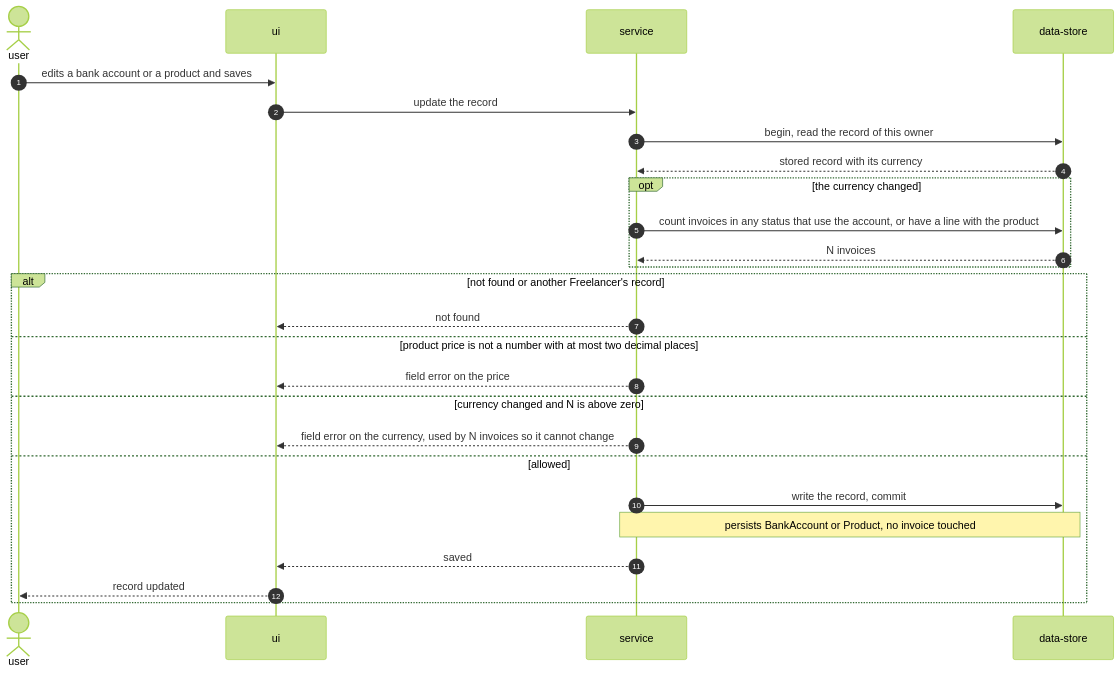
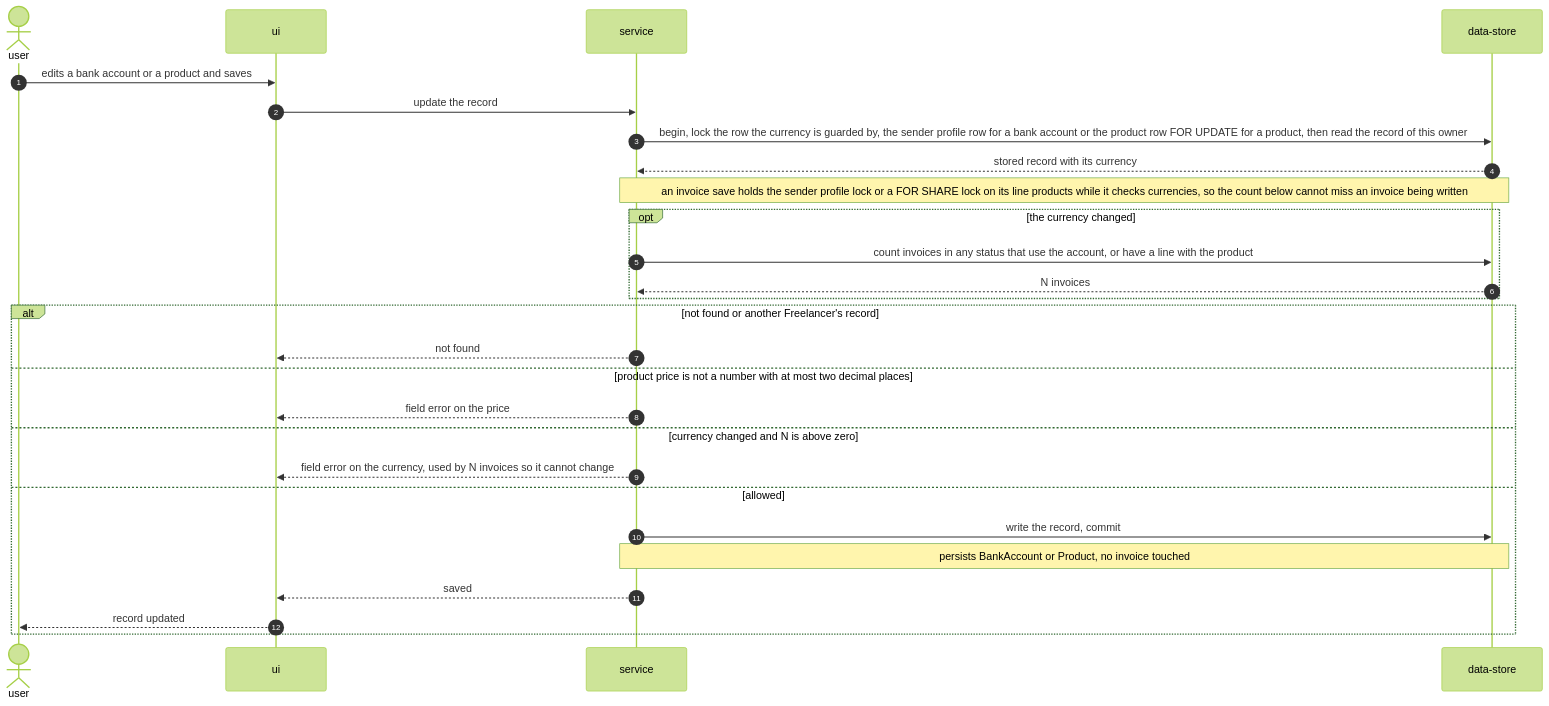
One commit to GopkoDev/invoiceForge changed diagram 11 of 13 in docs/features/invoice-integrity/sad.md. Above: the diagram before and after it, drawn with Mermaid (forest theme). The commit also changed other lines of this file and 4 other files, not shown here.

First line of the commit message:
docs(invoice-integrity): describe the invoice, sender-profile and product lock order

````diff
--- a/docs/features/invoice-integrity/sad.md
+++ b/docs/features/invoice-integrity/sad.md
@@ -457,29 +459,30 @@
 ```mermaid
 sequenceDiagram
     autonumber
     actor U as user
     participant UI as ui
     participant S as service
     participant D as data-store
 
     U->>UI: edits a bank account or a product and saves
     UI->>S: update the record
-    S->>D: begin, read the record of this owner
+    S->>D: begin, lock the row the currency is guarded by, the sender profile row for a bank account or the product row FOR UPDATE for a product, then read the record of this owner
     D-->>S: stored record with its currency
+    Note over S,D: an invoice save holds the sender profile lock or a FOR SHARE lock on its line products while it checks currencies, so the count below cannot miss an invoice being written
     opt the currency changed
         S->>D: count invoices in any status that use the account, or have a line with the product
         D-->>S: N invoices
     end
     alt not found or another Freelancer's record
         S-->>UI: not found
     else product price is not a number with at most two decimal places
         S-->>UI: field error on the price
     else currency changed and N is above zero
         S-->>UI: field error on the currency, used by N invoices so it cannot change
     else allowed
         S->>D: write the record, commit
         Note over S,D: persists BankAccount or Product, no invoice touched
         S-->>UI: saved
         UI-->>U: record updated
     end
 ```
````
